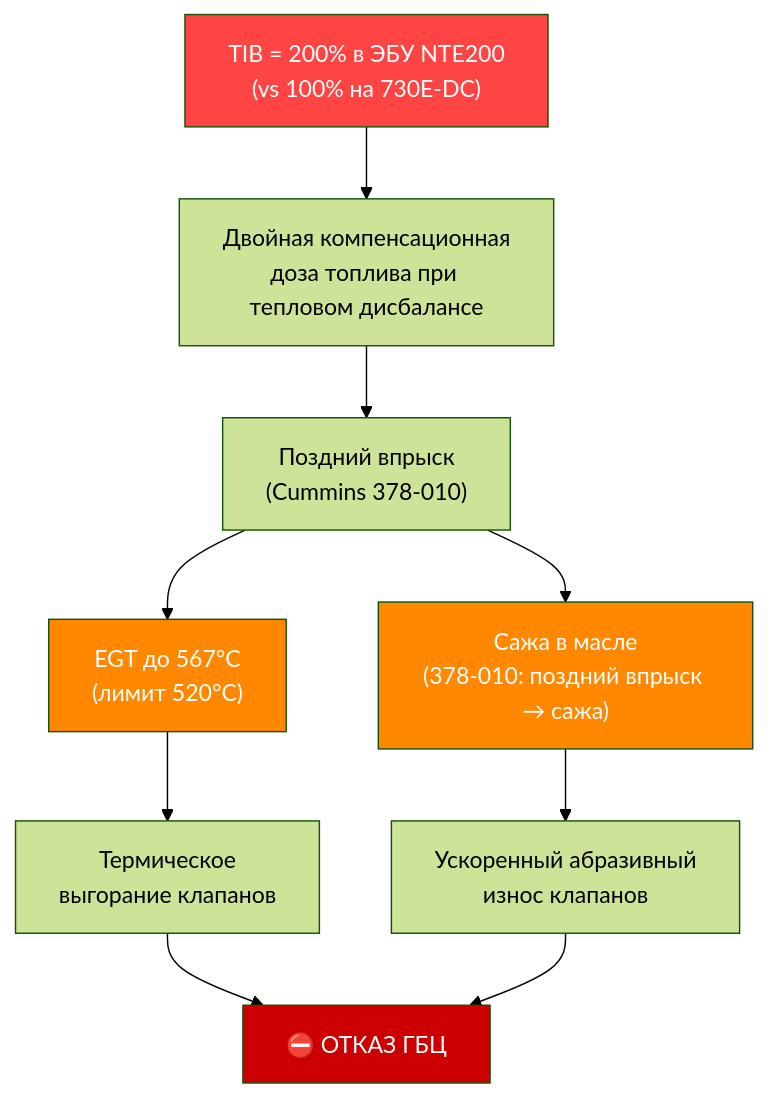
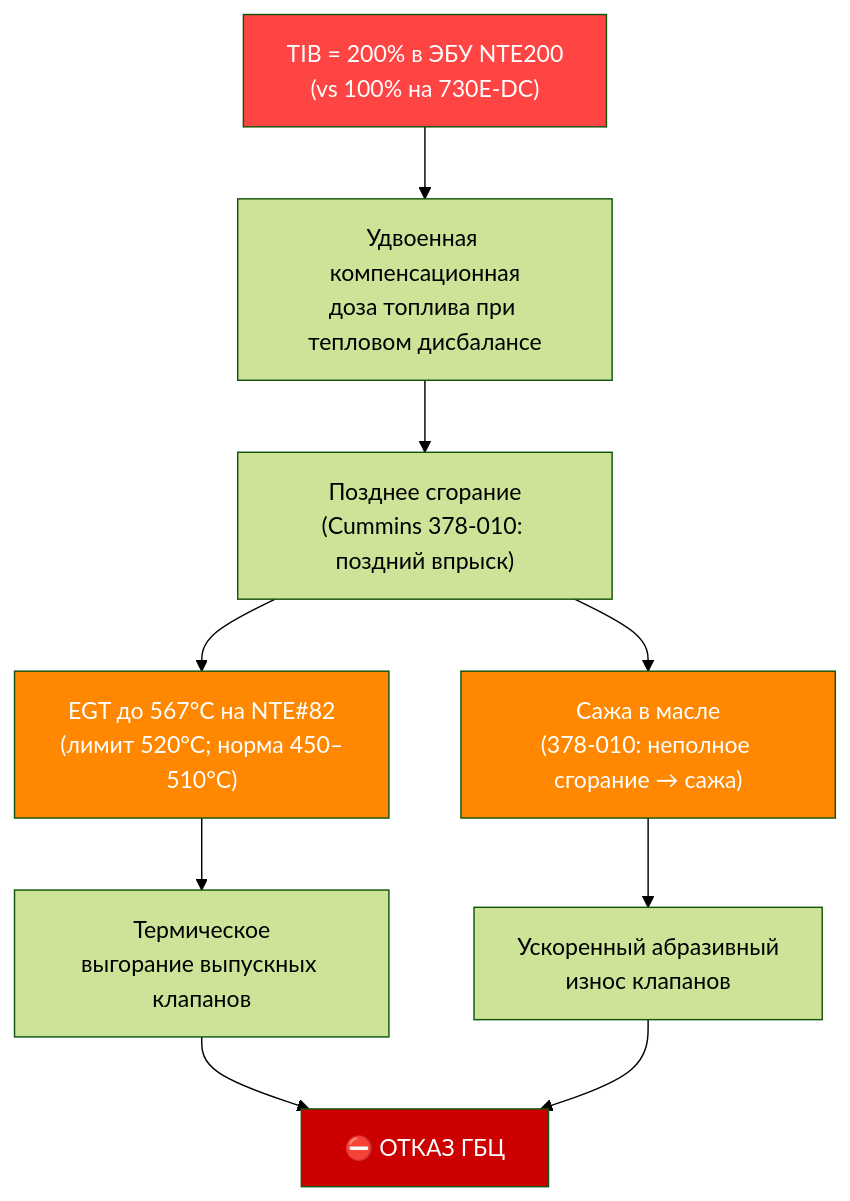
Before and after one commit to victorekuznetsov/NTE200: the first of 3 diagrams in 02 Диагностика/Анализ коренных причин ГБЦ QSK50.md, drawn with Mermaid (forest theme). The commit also changed other lines of this file and 5 other files, not shown here.

````diff
--- a/02 Диагностика/Анализ коренных причин ГБЦ QSK50.md
+++ b/02 Диагностика/Анализ коренных причин ГБЦ QSK50.md
@@ -62,16 +69,16 @@
 ```mermaid
 flowchart TD
-    A["TIB = 200% в ЭБУ NTE200\n(vs 100% на 730E-DC)"] --> B["Двойная компенсационная\nдоза топлива при тепловом дисбалансе"]
-    B --> C["Поздний впрыск\n(Cummins 378-010)"]
-    C --> D["EGT до 567°C\n(лимит 520°C)"]
-    C --> E["Сажа в масле\n(378-010: поздний впрыск → сажа)"]
-    D --> F["Термическое\nвыгорание клапанов"]
+    A["TIB = 200% в ЭБУ NTE200\n(vs 100% на 730E-DC)"] --> B["Удвоенная компенсационная\nдоза топлива при тепловом дисбалансе"]
+    B --> C["Позднее сгорание\n(Cummins 378-010: поздний впрыск)"]
+    C --> D["EGT до 567°C на NTE#82\n(лимит 520°C; норма 450–510°C)"]
+    C --> E["Сажа в масле\n(378-010: неполное сгорание → сажа)"]
+    D --> F["Термическое\nвыгорание выпускных клапанов"]
     E --> G["Ускоренный абразивный\nизнос клапанов"]
     F --> H["⛔ ОТКАЗ ГБЦ"]
     G --> H
 
     style A fill:#ff4444,color:#fff
     style H fill:#cc0000,color:#fff
     style D fill:#ff8800,color:#fff
     style E fill:#ff8800,color:#fff
 ```
````
